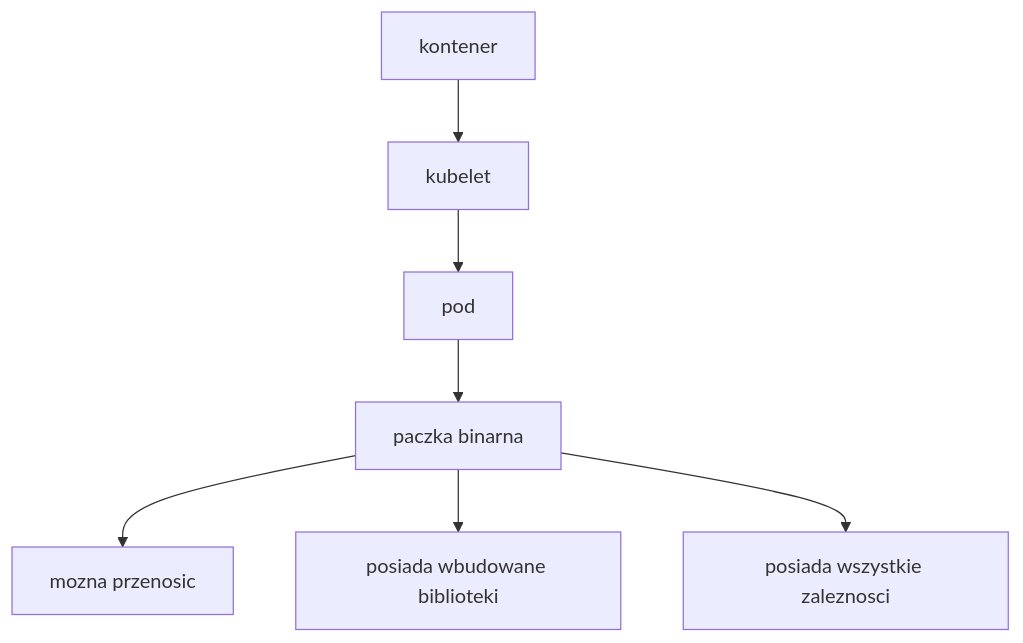
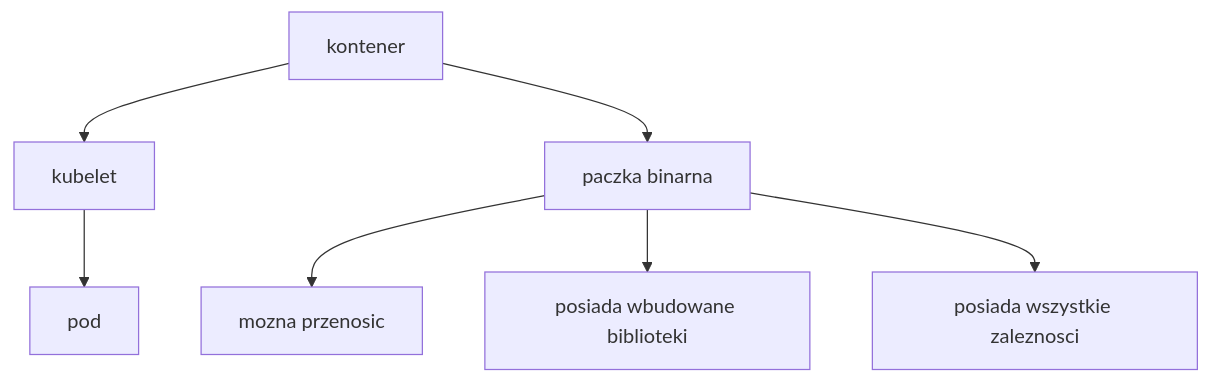
One commit to DanyAAD90/k8s_understanding changed the third of 4 diagrams in README.md. Above: the diagram before and after it, drawn with Mermaid.

````diff
--- a/README.md
+++ b/README.md
@@ -42,8 +42,8 @@
 ```mermaid
 flowchart TD
 BA[kontener] --> BB[kubelet] --> BC[pod]
-BC --> BD[paczka binarna]
+BA --> BD[paczka binarna]
 BD --> BE[mozna przenosic]
 BD --> BF[posiada wbudowane biblioteki]
 BD --> BG[posiada wszystkie zaleznosci]
 ```
````
